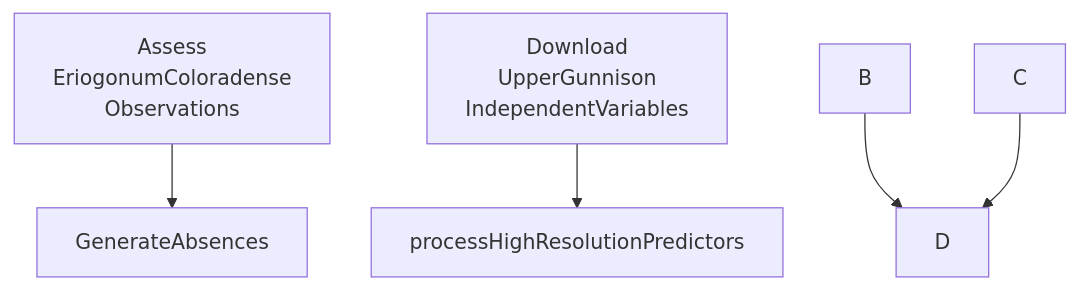
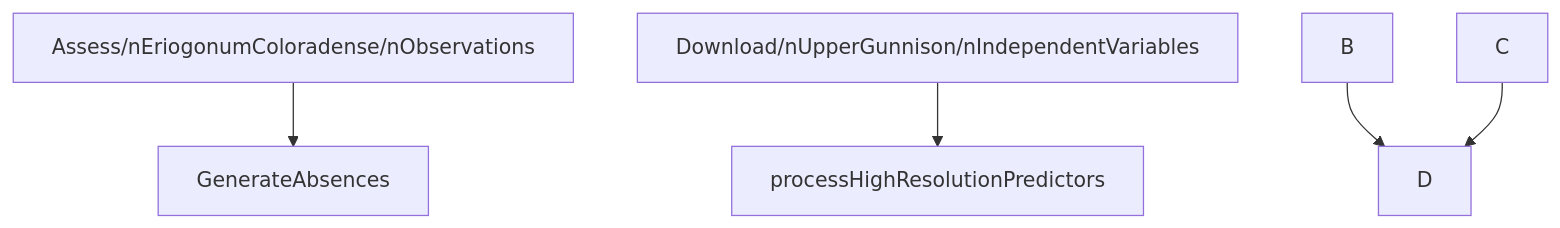
Before and after one commit to sagesteppe/Ecoloradense: the diagram in README.md, drawn with Mermaid. The commit also changed 1 other file, not shown here.

Commit message:
newlines

````diff
--- a/README.md
+++ b/README.md
@@ -37,7 +37,7 @@
 ```mermaid
 graph TD;
-    Assess\nEriogonumColoradense\nObservations-->GenerateAbsences;
-    Download\nUpperGunnison\nIndependentVariables-->processHighResolutionPredictors
+    Assess/nEriogonumColoradense/nObservations-->GenerateAbsences;
+    Download/nUpperGunnison/nIndependentVariables-->processHighResolutionPredictors
     B-->D;
     C-->D;
 ```
````
